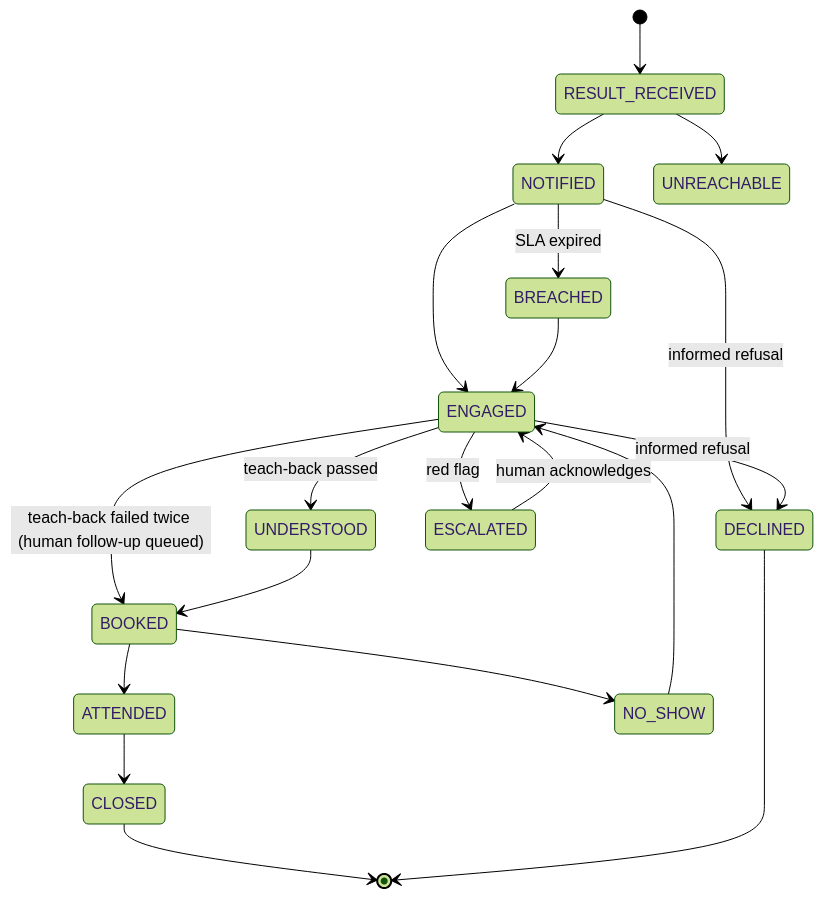
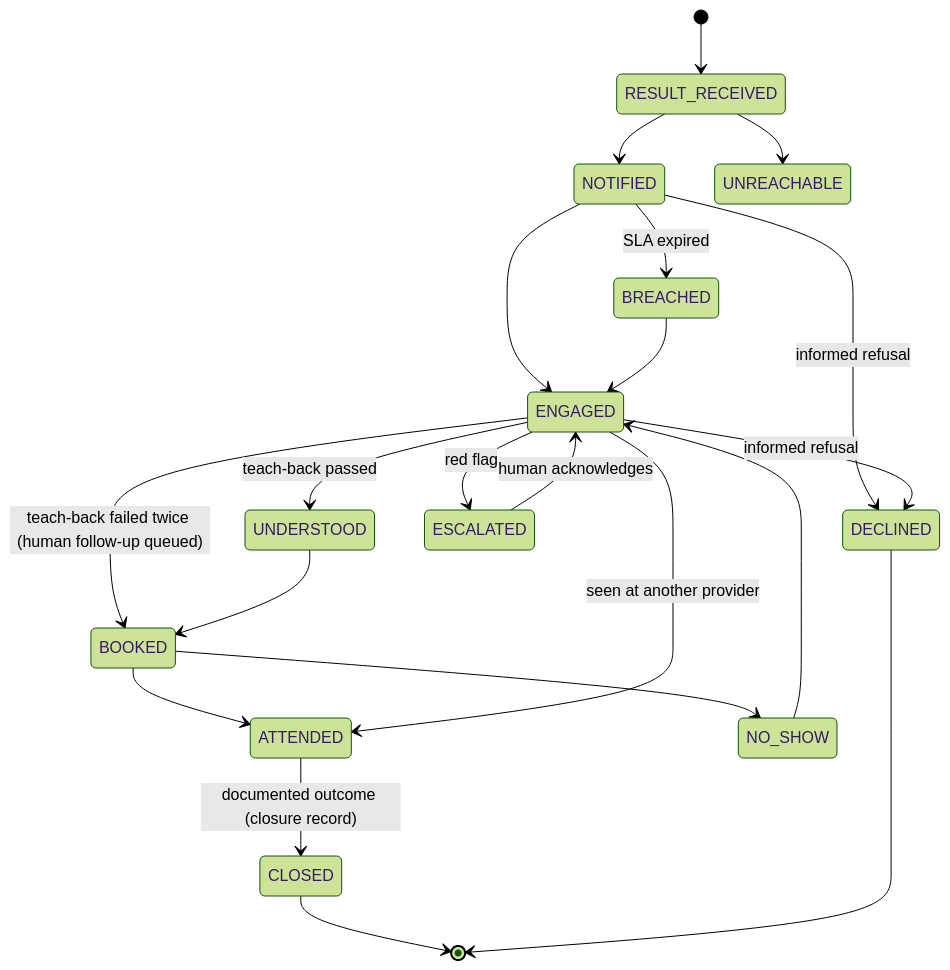
Before and after one commit to DevDaring/Future_Health_Digital: the third of 3 diagrams in Codes/docs/TECHNICAL.md, drawn with Mermaid (forest theme). The commit also changed other lines of this file and 48 other files, not shown here.

````diff
--- a/Codes/docs/TECHNICAL.md
+++ b/Codes/docs/TECHNICAL.md
@@ -82,22 +82,23 @@
 ```mermaid
 stateDiagram-v2
   [*] --> RESULT_RECEIVED
   RESULT_RECEIVED --> NOTIFIED
   NOTIFIED --> ENGAGED
   ENGAGED --> UNDERSTOOD: teach-back passed
   ENGAGED --> BOOKED: teach-back failed twice (human follow-up queued)
   UNDERSTOOD --> BOOKED
   BOOKED --> ATTENDED
-  ATTENDED --> CLOSED
+  ATTENDED --> CLOSED: documented outcome (closure record)
+  ENGAGED --> ATTENDED: seen at another provider
   BOOKED --> NO_SHOW
   NO_SHOW --> ENGAGED
   RESULT_RECEIVED --> UNREACHABLE
   NOTIFIED --> DECLINED: informed refusal
   ENGAGED --> DECLINED: informed refusal
   NOTIFIED --> BREACHED: SLA expired
   BREACHED --> ENGAGED
   ENGAGED --> ESCALATED: red flag
   ESCALATED --> ENGAGED: human acknowledges
   CLOSED --> [*]
   DECLINED --> [*]
 ```
````
